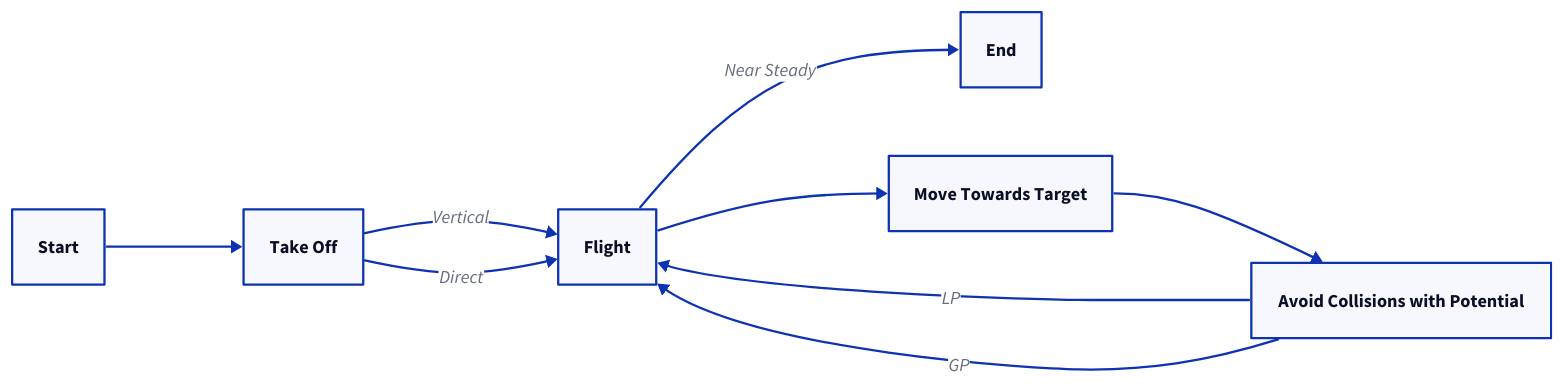
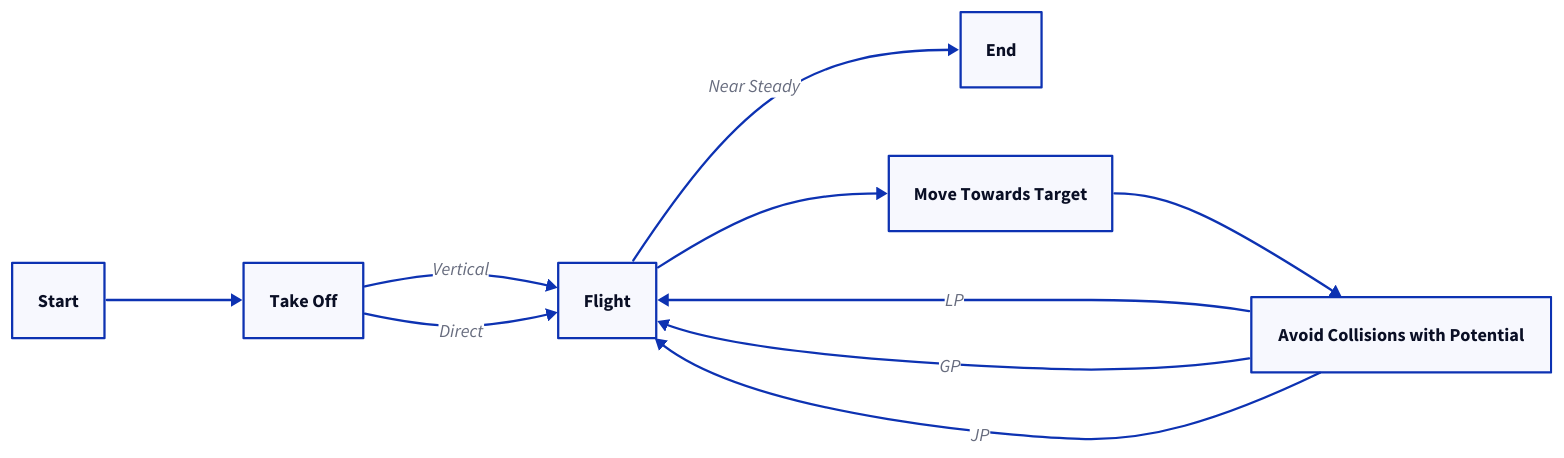
The diagram in diagrams/task-executor.d2 (frefolli/argos-report), drawn with D2 before and after one commit. The commit also changed 3 other files, not shown here.

Commit message:
updated diagrams

```diff
--- a/diagrams/task-executor.d2
+++ b/diagrams/task-executor.d2
@@ -1,18 +1,19 @@
 direction: right
 
 P_0: Start
 P_N: End
 
 P_1: Take Off
 P_2: Flight
 P_3: Move Towards Target
 P_4: Avoid Collisions with Potential
 
 P_0 -> P_1
 P_1 -> P_2: Vertical
 P_1 -> P_2: Direct
 P_2 -> P_3 -> P_4
 P_4 -> P_2: LP
 P_4 -> P_2: GP
+P_4 -> P_2: JP
 
 P_2 -> P_N: Near Steady
```
